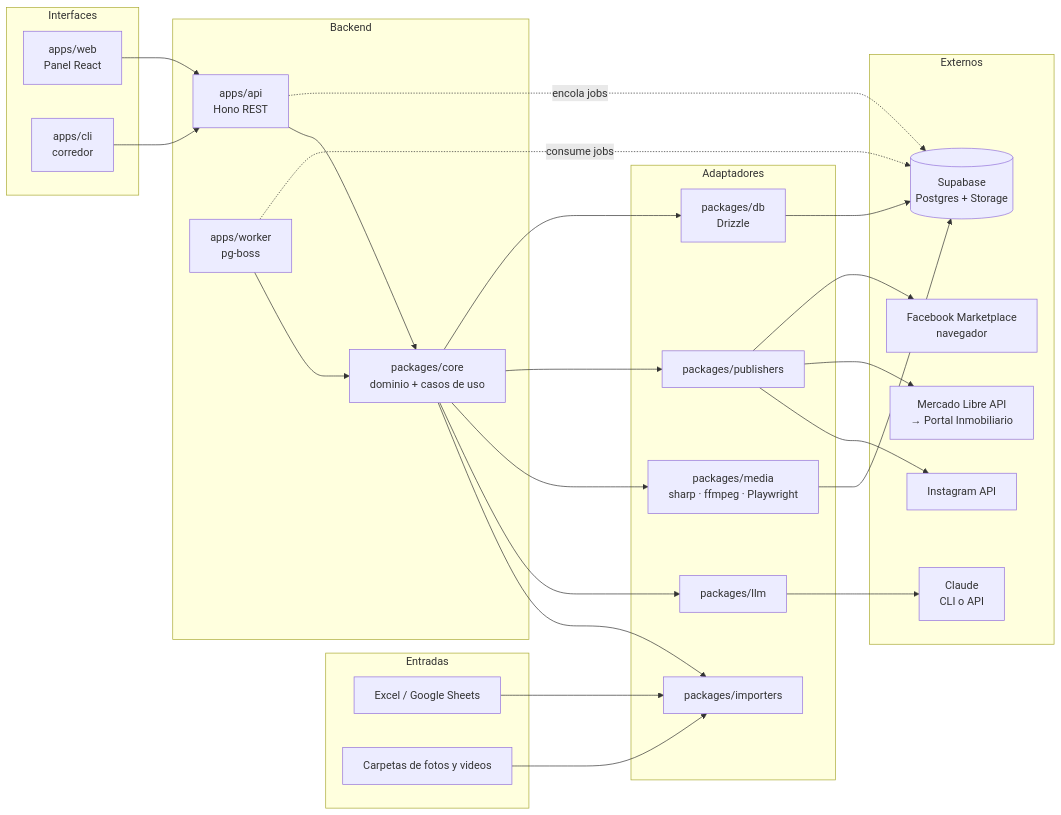
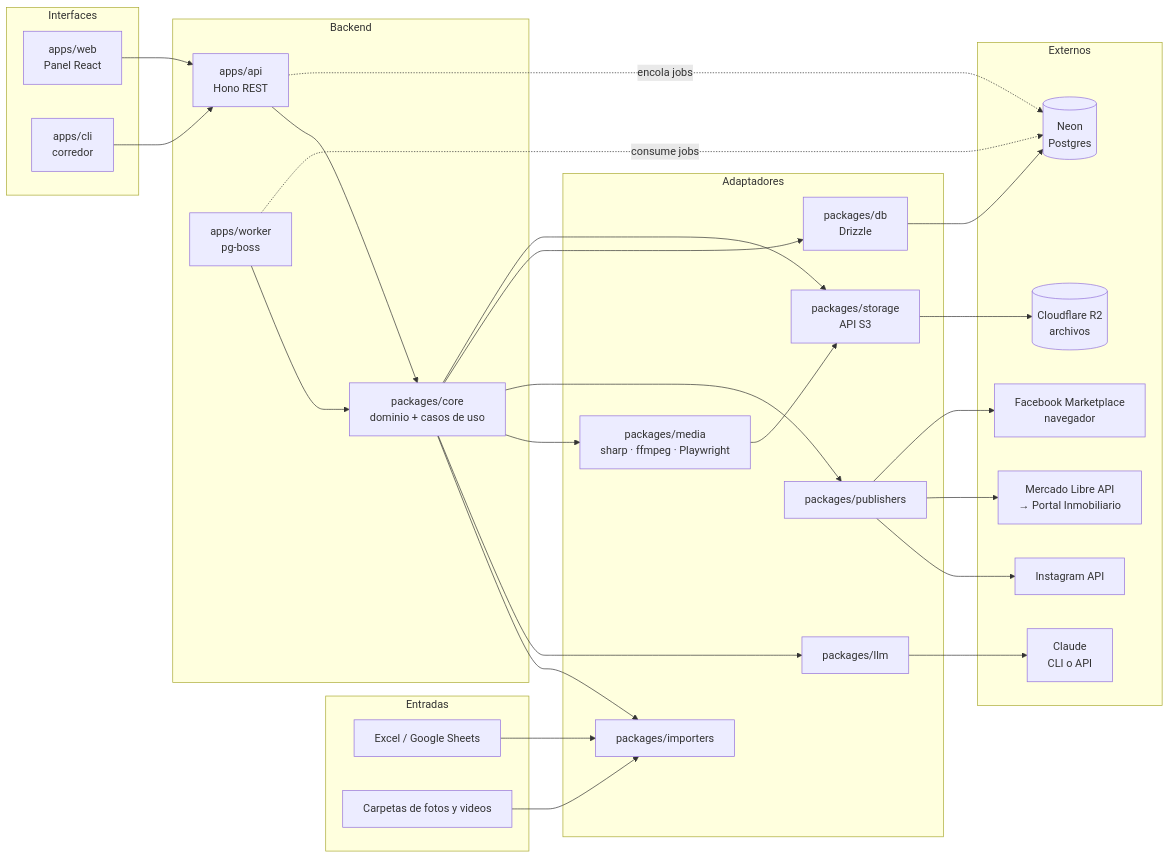
The first of 2 diagrams in docs/01-arquitectura.md (vicentewolde/AgentSales), drawn with Mermaid before and after one commit. The commit also changed other lines of this file and 18 other files, not shown here.

First line of the commit message:
docs: reemplaza Supabase por Neon + Cloudflare R2 (ADR-0007)

````diff
--- a/docs/01-arquitectura.md
+++ b/docs/01-arquitectura.md
@@ -5,48 +5,51 @@
 ```mermaid
 flowchart LR
   subgraph Entradas
     XLSX[Excel / Google Sheets]
     MED[Carpetas de fotos y videos]
   end
 
   subgraph Interfaces
     WEB[apps/web<br/>Panel React]
     CLI[apps/cli<br/>corredor]
   end
 
   subgraph Backend
     API[apps/api<br/>Hono REST]
     WRK[apps/worker<br/>pg-boss]
     CORE[packages/core<br/>dominio + casos de uso]
   end
 
   subgraph Adaptadores
     IMP[packages/importers]
     LLM[packages/llm]
     MEDIA[packages/media<br/>sharp · ffmpeg · Playwright]
     PUB[packages/publishers]
     DB[packages/db<br/>Drizzle]
+    STO[packages/storage<br/>API S3]
   end
 
   subgraph Externos
-    SB[(Supabase<br/>Postgres + Storage)]
+    NEON[(Neon<br/>Postgres)]
+    R2[(Cloudflare R2<br/>archivos)]
     CL[Claude<br/>CLI o API]
     IG[Instagram API]
     ML[Mercado Libre API<br/>→ Portal Inmobiliario]
     FB[Facebook Marketplace<br/>navegador]
   end
 
   XLSX --> IMP
   MED --> IMP
   WEB --> API
   CLI --> API
   API --> CORE
   WRK --> CORE
-  CORE --> IMP & LLM & MEDIA & PUB & DB
-  DB --> SB
-  MEDIA --> SB
+  CORE --> IMP & LLM & MEDIA & PUB & DB & STO
+  DB --> NEON
+  STO --> R2
+  MEDIA --> STO
   LLM --> CL
   PUB --> IG & ML & FB
-  API -. encola jobs .-> SB
-  WRK -. consume jobs .-> SB
+  API -. encola jobs .-> NEON
+  WRK -. consume jobs .-> NEON
 ```
````
